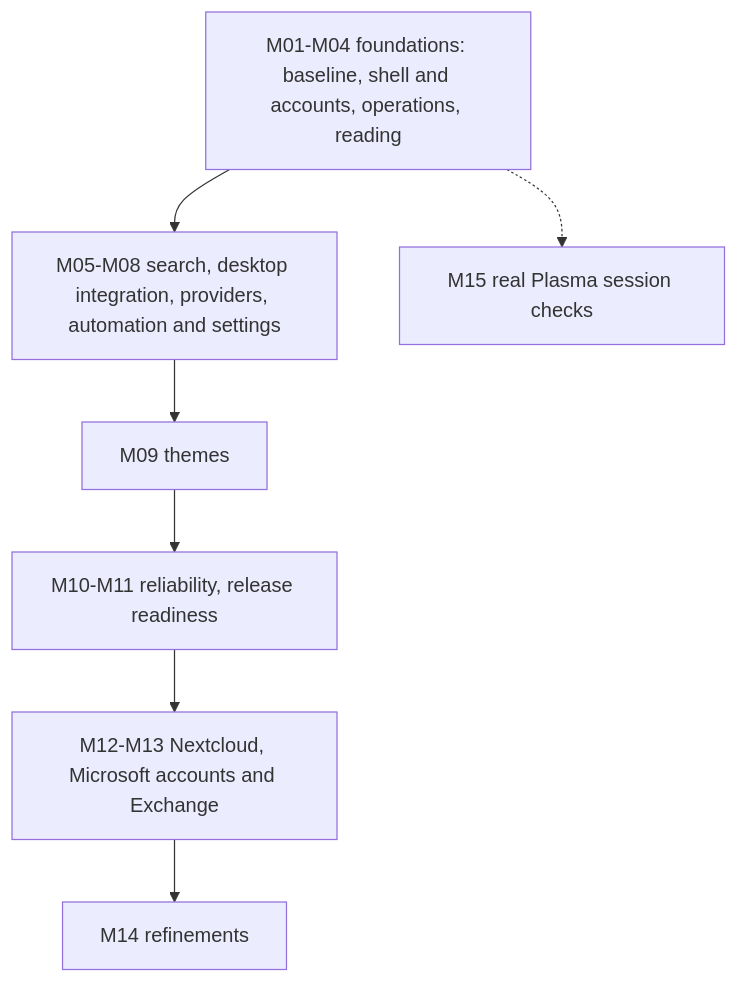
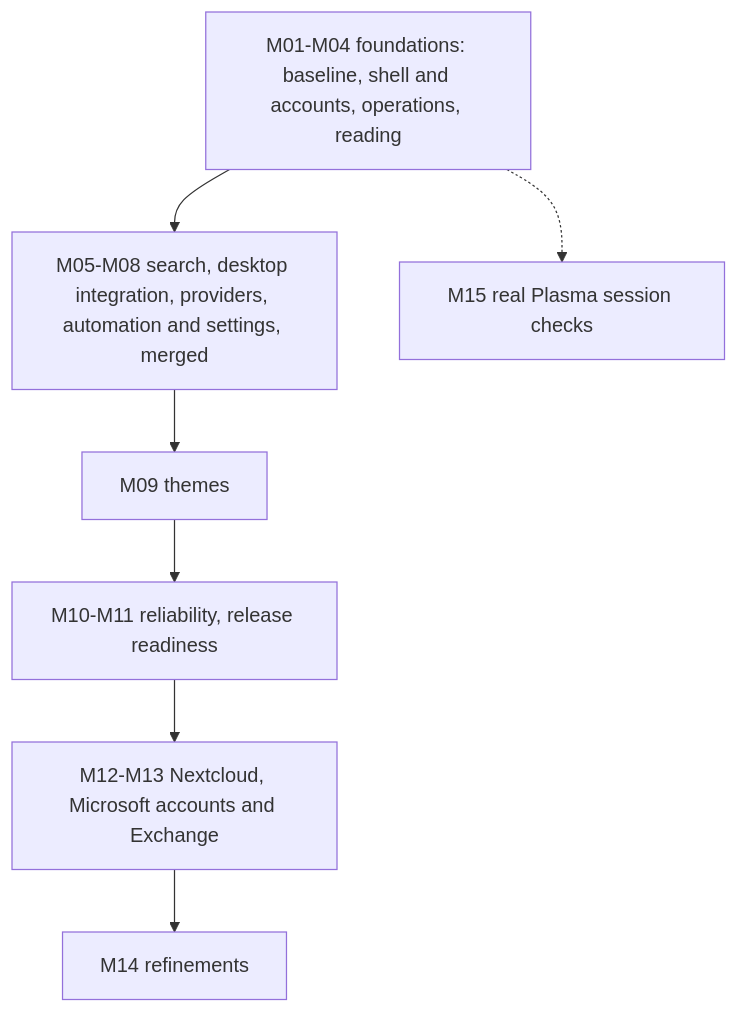
The diagram in README.md (mikepadiernos/plasma-impresario), drawn with Mermaid before and after one commit. The commit also changed other lines of this file and 2 other files, not shown here.

Commit message:
docs: record M08 as merged in PR #500

````diff
--- a/README.md
+++ b/README.md
@@ -753,9 +752,9 @@
 ```mermaid
 flowchart TD
-    A[M01-M04 foundations: baseline, shell and accounts, operations, reading] --> B[M05-M08 search, desktop integration, providers, automation and settings]
+    A[M01-M04 foundations: baseline, shell and accounts, operations, reading] --> B[M05-M08 search, desktop integration, providers, automation and settings, merged]
     B --> C[M09 themes]
     C --> D[M10-M11 reliability, release readiness]
     D --> E[M12-M13 Nextcloud, Microsoft accounts and Exchange]
     E --> F[M14 refinements]
     A -.-> G[M15 real Plasma session checks]
 ```
````
